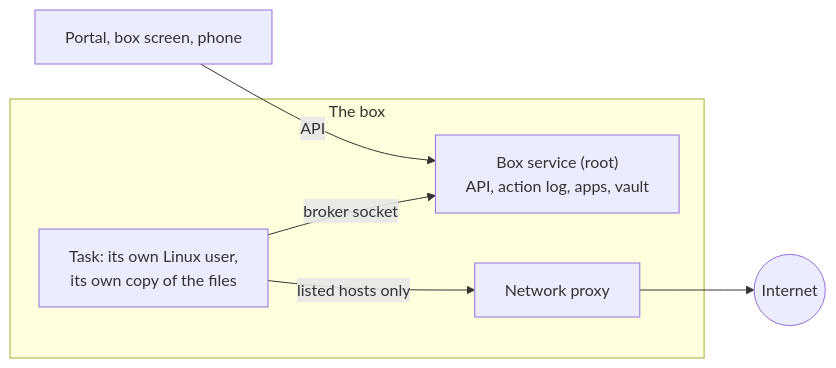
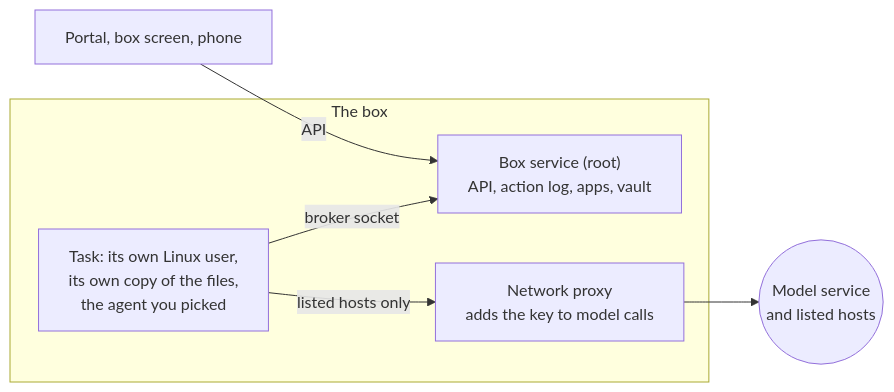
Before and after one commit to benz16107/gurtos: the diagram in README.md, drawn with Mermaid. The commit also changed other lines of this file and 2 other files, not shown here.

Commit message:
README: lead with per-task undo and keys outside the agent, the one-line install first, the agents table, how it differs and the limits; old guide links go to the calhacks-2026 tag

````diff
--- a/README.md
+++ b/README.md
@@ -136,12 +123,12 @@
 ```mermaid
 flowchart LR
   you["Portal, box screen, phone"] -->|API| core
   subgraph box["The box"]
     core["Box service (root)<br>API, action log, apps, vault"]
-    proxy["Network proxy"]
-    task["Task: its own Linux user,<br>its own copy of the files"]
+    proxy["Network proxy<br>adds the key to model calls"]
+    task["Task: its own Linux user,<br>its own copy of the files,<br>the agent you picked"]
     task -->|"broker socket"| core
     task -->|"listed hosts only"| proxy
   end
-  proxy --> web(("Internet"))
+  proxy --> web(("Model service<br>and listed hosts"))
 ```
````
